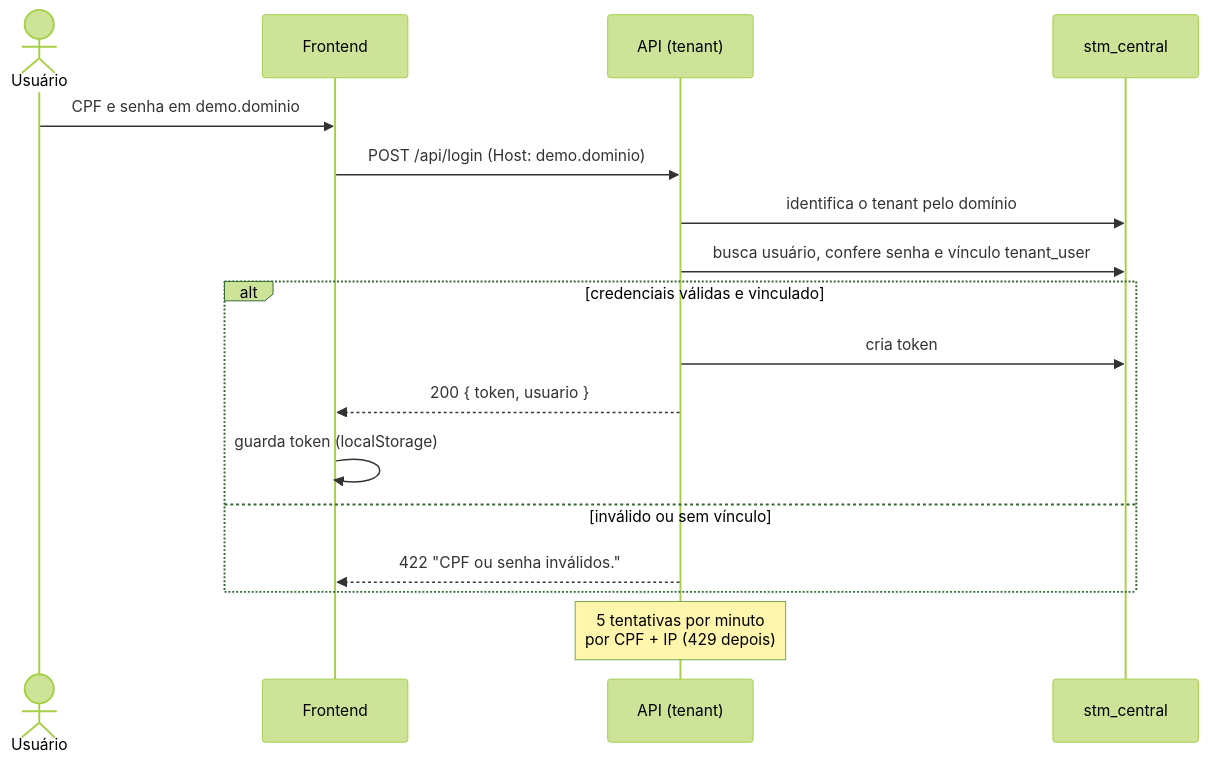
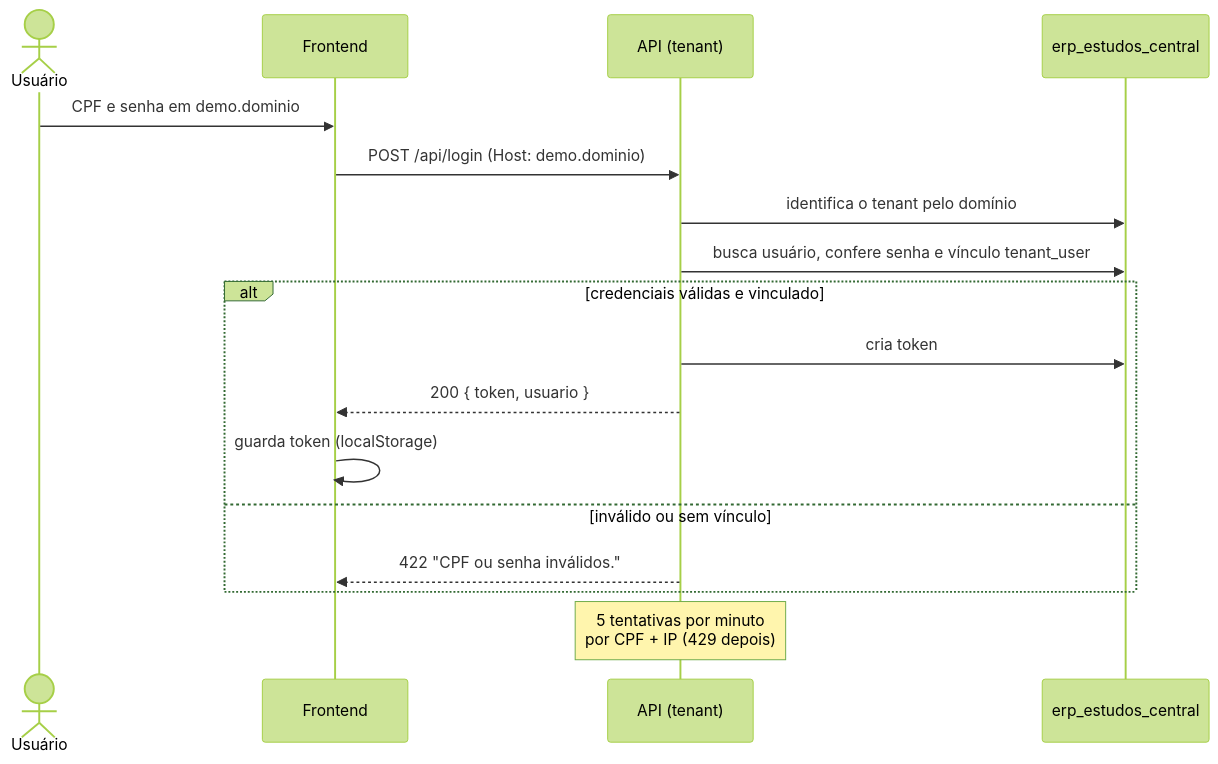
One commit to CristovaoCarlos/ERP-Estudos changed the third of 5 diagrams in docs/arquitetura/arc42.md. Above: the diagram before and after it, drawn with Mermaid (forest theme). The commit also changed other lines of this file and 60 other files, not shown here.

First line of the commit message:
refactor: renomeia o sistema para ERP para Estudos (erp_estudos)

````diff
--- a/docs/arquitetura/arc42.md
+++ b/docs/arquitetura/arc42.md
@@ -138,20 +138,20 @@
 ```mermaid
 sequenceDiagram
     actor U as Usuário
     participant F as Frontend
     participant A as API (tenant)
-    participant C as stm_central
+    participant C as erp_estudos_central
 
     U->>F: CPF e senha em demo.dominio
     F->>A: POST /api/login (Host: demo.dominio)
     A->>C: identifica o tenant pelo domínio
     A->>C: busca usuário, confere senha e vínculo tenant_user
     alt credenciais válidas e vinculado
         A->>C: cria token
         A-->>F: 200 { token, usuario }
         F->>F: guarda token (localStorage)
     else inválido ou sem vínculo
         A-->>F: 422 "CPF ou senha inválidos."
     end
     Note over A: 5 tentativas por minuto<br/>por CPF + IP (429 depois)
 ```
````
